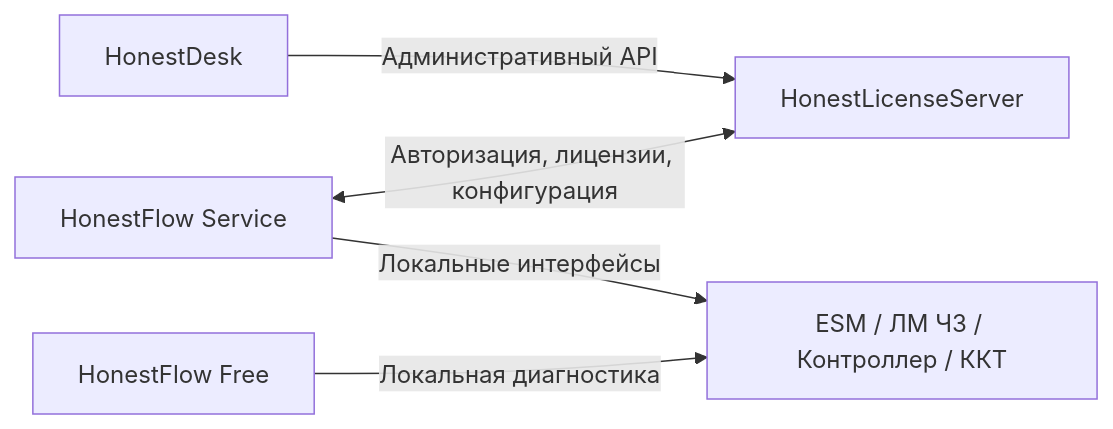
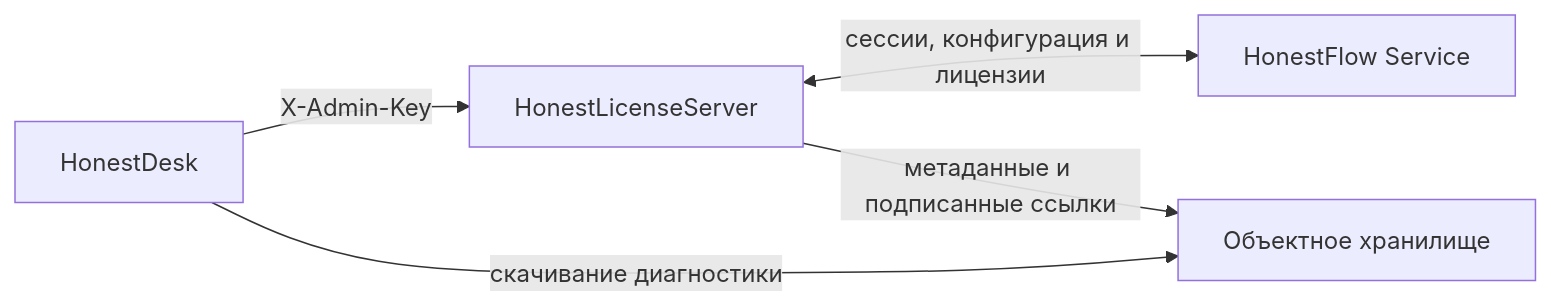
The diagram in README.md (1Yoda1/HonestDesk), drawn with Mermaid before and after one commit. The commit also changed other lines of this file, not shown here.

Commit message:
Document HonestDesk support workflow

````diff
--- a/README.md
+++ b/README.md
@@ -116,7 +26,7 @@
 ```mermaid
 flowchart LR
-    D[HonestDesk] -->|Административный API| S[HonestLicenseServer]
-    H[HonestFlow Service] <-->|Авторизация, лицензии, конфигурация| S
-    H -->|Локальные интерфейсы| C[ESM / ЛМ ЧЗ / Контроллер / ККТ]
-    F[HonestFlow Free] -->|Локальная диагностика| C
+    HD[HonestDesk] -->|X-Admin-Key| S[HonestLicenseServer]
+    S <-->|сессии, конфигурация и лицензии| HF[HonestFlow Service]
+    S -->|метаданные и подписанные ссылки| O[Объектное хранилище]
+    HD -->|скачивание диагностики| O
 ```
````
